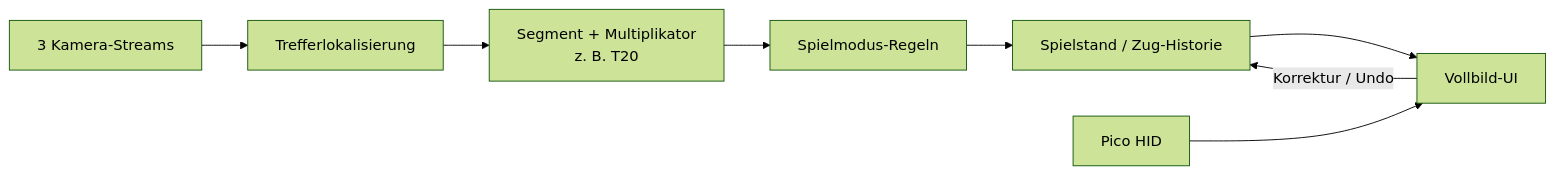
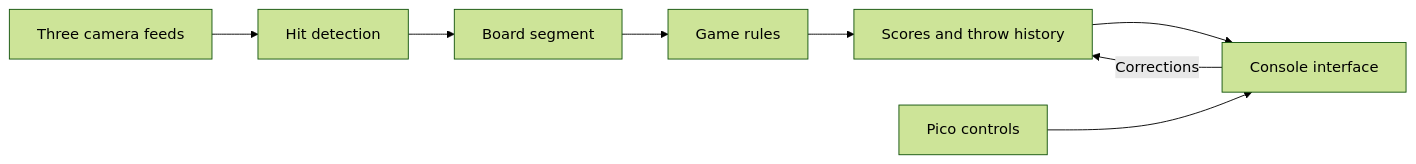
Before and after one commit to Arber28/Darts-Console: the third of 4 diagrams in docs/ARCHITECTURE.md, drawn with Mermaid (forest theme). The commit also changed other lines of this file, not shown here.

````diff
--- a/docs/ARCHITECTURE.md
+++ b/docs/ARCHITECTURE.md
@@ -62,10 +56,10 @@
 ```mermaid
 flowchart LR
-  CAM["3 Kamera-Streams"] --> DET["Trefferlokalisierung"]
-  DET --> MAP["Segment + Multiplikator<br/>z. B. T20"]
-  MAP --> RULE["Spielmodus-Regeln"]
-  RULE --> STATE["Spielstand / Zug-Historie"]
-  STATE --> DISPLAY["Vollbild-UI"]
-  HID["Pico HID"] --> DISPLAY
-  DISPLAY -->|"Korrektur / Undo"| STATE
+    CAM["Three camera feeds"] --> DET["Hit detection"]
+    DET --> SEG["Board segment"]
+    SEG --> RULES["Game rules"]
+    RULES --> STATE["Scores and throw history"]
+    STATE --> UI["Console interface"]
+    KEYS["Pico controls"] --> UI
+    UI -->|"Corrections"| STATE
 ```
````
